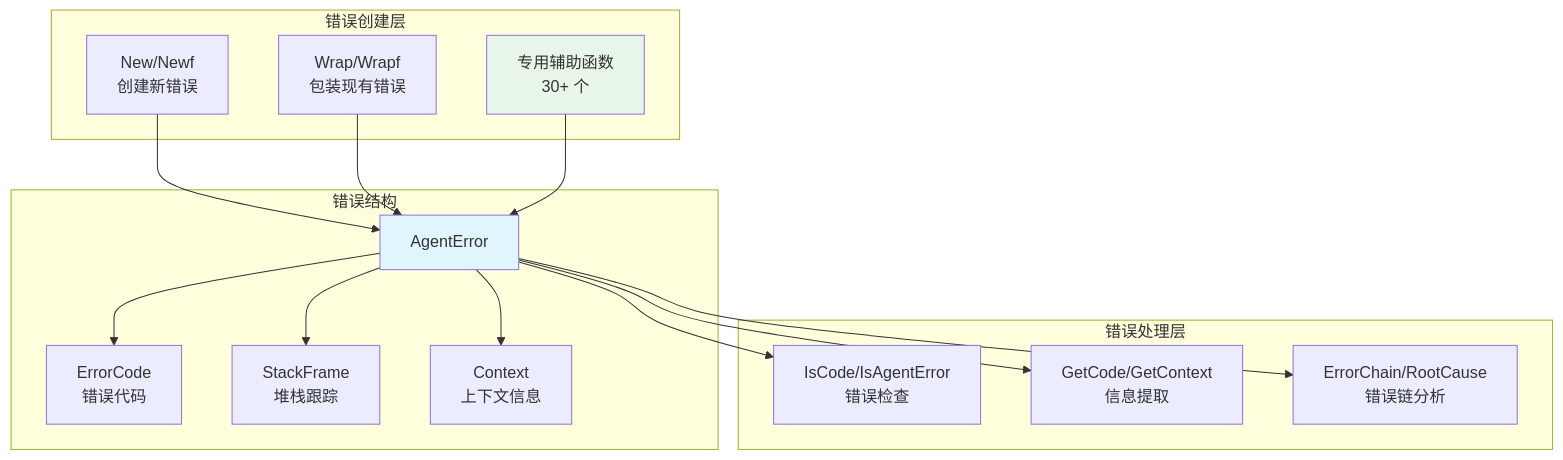
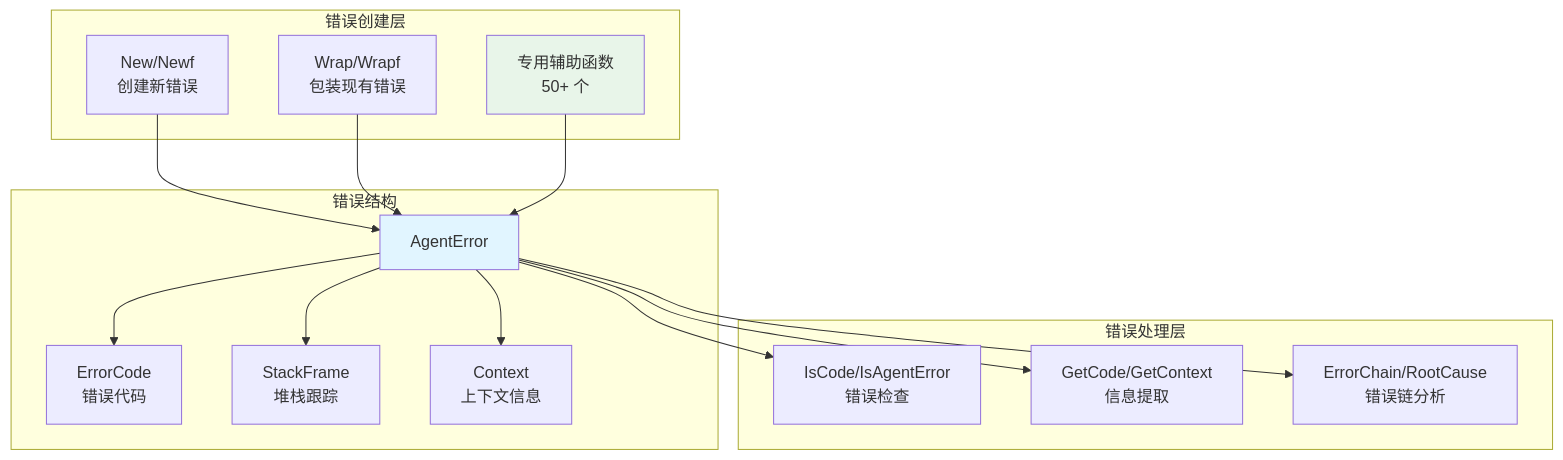
The first of 2 diagrams in errors/README.md (kart-io/goagent), drawn with Mermaid before and after one commit. The commit also changed other lines of this file and 87 other files, not shown here.

````diff
--- a/errors/README.md
+++ b/errors/README.md
@@ -18,34 +18,34 @@
 ```mermaid
 graph TB
     subgraph "错误创建层"
         New[New/Newf<br/>创建新错误]
         Wrap[Wrap/Wrapf<br/>包装现有错误]
-        Helpers[专用辅助函数<br/>30+ 个]
+        Helpers[专用辅助函数<br/>50+ 个]
     end
 
     subgraph "错误结构"
         AE[AgentError]
         Code[ErrorCode<br/>错误代码]
         Stack[StackFrame<br/>堆栈跟踪]
         Context[Context<br/>上下文信息]
     end
 
     subgraph "错误处理层"
         Check[IsCode/IsAgentError<br/>错误检查]
         Extract[GetCode/GetContext<br/>信息提取]
         Chain[ErrorChain/RootCause<br/>错误链分析]
     end
 
     New --> AE
     Wrap --> AE
     Helpers --> AE
     AE --> Code
     AE --> Stack
     AE --> Context
     AE --> Check
     AE --> Extract
     AE --> Chain
 
     style AE fill:#e1f5ff
     style Helpers fill:#e8f5e9
 ```
````
